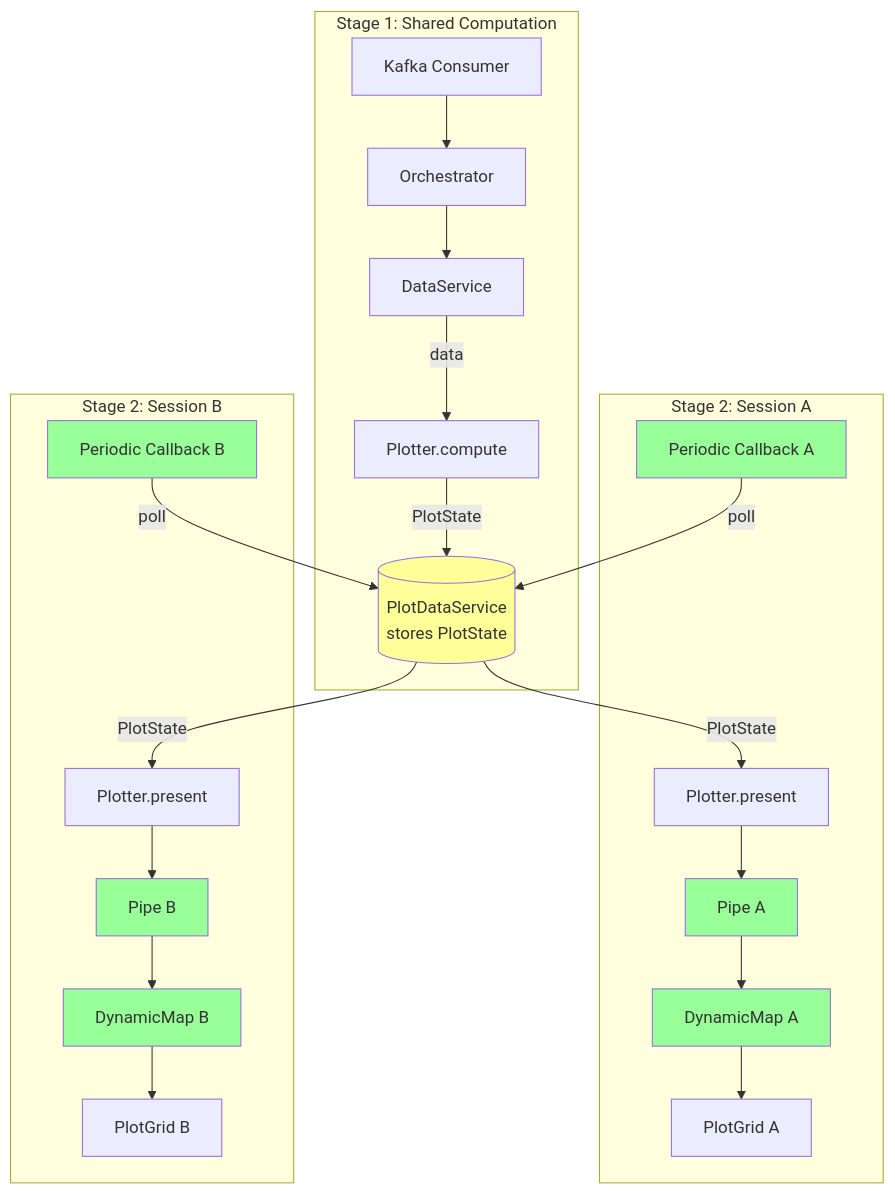
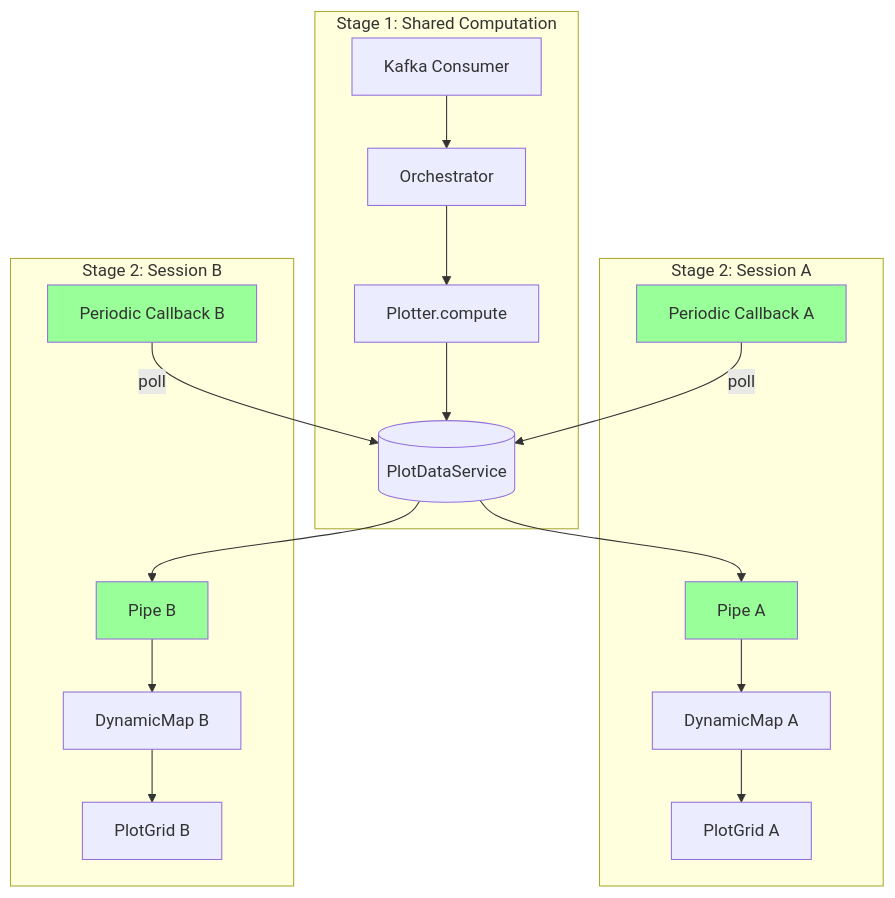
One commit to scipp/esslivedata changed the second of 2 diagrams in docs/developer/plans/multi-session-architecture.md. Above: the diagram before and after it, drawn with Mermaid. The commit also changed other lines of this file, not shown here.

First line of the commit message:
Condense multi-session architecture document for implementers

````diff
--- a/docs/developer/plans/multi-session-architecture.md
+++ b/docs/developer/plans/multi-session-architecture.md
@@ -223,51 +82,33 @@
 ```mermaid
 flowchart TB
     subgraph "Stage 1: Shared Computation"
         Kafka[Kafka Consumer]
         Orch[Orchestrator]
-        DS[DataService]
         Plotter[Plotter.compute]
-        PDS[("PlotDataService<br/>stores PlotState")]
+        PDS[("PlotDataService")]
     end
 
     subgraph "Stage 2: Session A"
         PA[Periodic Callback A]
-        PresA[Plotter.present]
         PipeA[Pipe A]
         DMapA[DynamicMap A]
         GridA[PlotGrid A]
     end
 
     subgraph "Stage 2: Session B"
         PB[Periodic Callback B]
-        PresB[Plotter.present]
         PipeB[Pipe B]
         DMapB[DynamicMap B]
         GridB[PlotGrid B]
     end
 
-    Kafka --> Orch
-    Orch --> DS
-    DS -->|"data"| Plotter
-    Plotter -->|"PlotState"| PDS
+    Kafka --> Orch --> Plotter --> PDS
 
-    PA -->|"poll"| PDS
-    PDS -->|"PlotState"| PresA
-    PresA --> PipeA
-    PipeA --> DMapA
-    DMapA --> GridA
-
-    PB -->|"poll"| PDS
-    PDS -->|"PlotState"| PresB
-    PresB --> PipeB
-    PipeB --> DMapB
-    DMapB --> GridB
+    PA -->|"poll"| PDS --> PipeA --> DMapA --> GridA
+    PB -->|"poll"| PDS --> PipeB --> DMapB --> GridB
 
     style PA fill:#9f9
     style PB fill:#9f9
     style PipeA fill:#9f9
     style PipeB fill:#9f9
-    style DMapA fill:#9f9
-    style DMapB fill:#9f9
-    style PDS fill:#ff9
 ```
````
